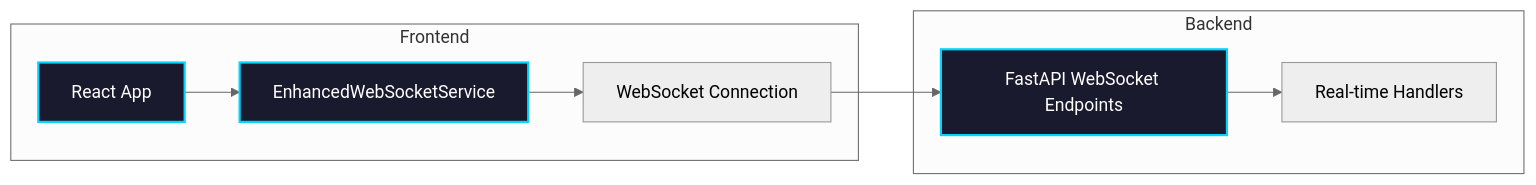
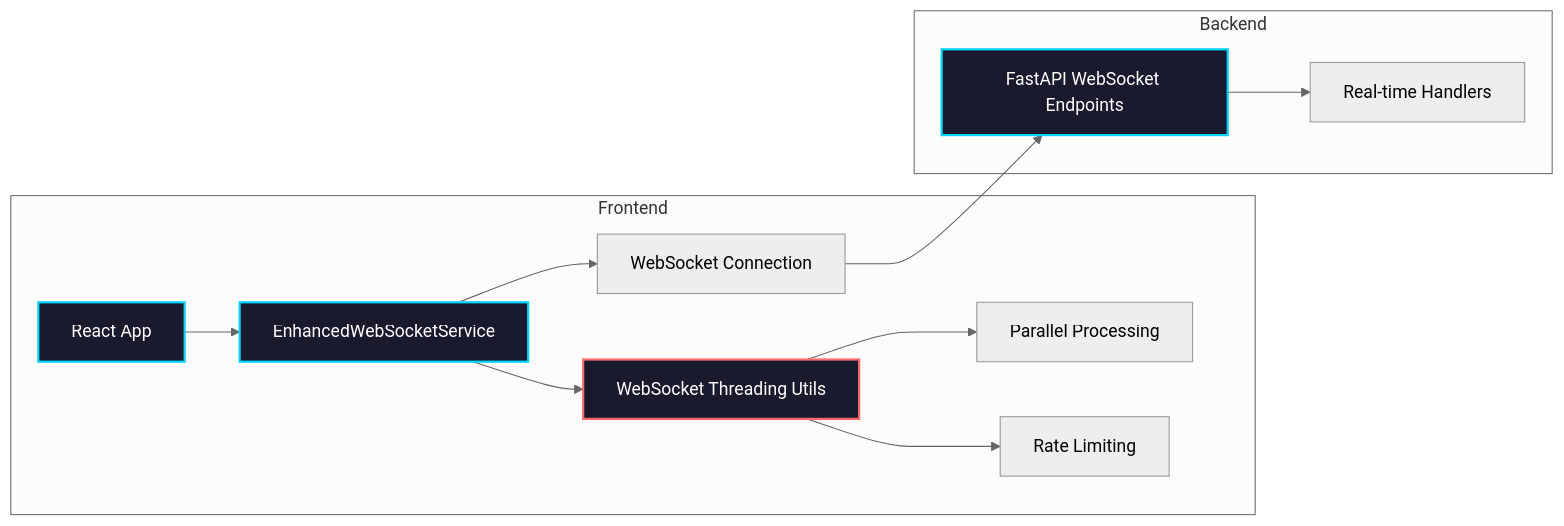
The diagram in docs/docs/websockets.mdx (tarsonis125/mcp-crawl4ai-rag-ChromaDB-V1), drawn with Mermaid (neutral theme) before and after one commit. The commit also changed other lines of this file and 14 other files, not shown here.

First line of the commit message:
feat(threading): implement WebSocket-safe threading utilities and enhance performance

````diff
--- a/docs/docs/websockets.mdx
+++ b/docs/docs/websockets.mdx
@@ -19,16 +19,20 @@
 ```mermaid
 graph LR
     subgraph Frontend
         A[React App] --> B[EnhancedWebSocketService]
         B --> C[WebSocket Connection]
+        B --> D[WebSocket Threading Utils]
+        D --> E[Parallel Processing]
+        D --> F[Rate Limiting]
     end
     
     subgraph Backend
-        C --> D[FastAPI WebSocket Endpoints]
-        D --> E[Real-time Handlers]
+        C --> G[FastAPI WebSocket Endpoints]
+        G --> H[Real-time Handlers]
     end
     
     style A fill:#1a1a2e,stroke:#00d4ff,stroke-width:2px,color:#fff
     style B fill:#1a1a2e,stroke:#00d4ff,stroke-width:2px,color:#fff
-    style D fill:#1a1a2e,stroke:#00d4ff,stroke-width:2px,color:#fff
+    style D fill:#1a1a2e,stroke:#ff6b6b,stroke-width:2px,color:#fff
+    style G fill:#1a1a2e,stroke:#00d4ff,stroke-width:2px,color:#fff
 ```
````
